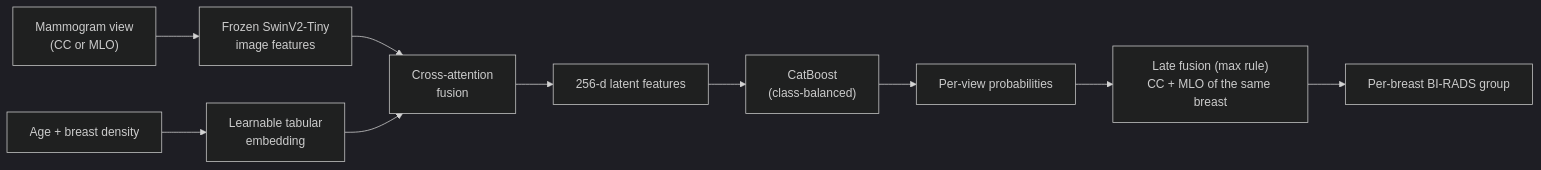
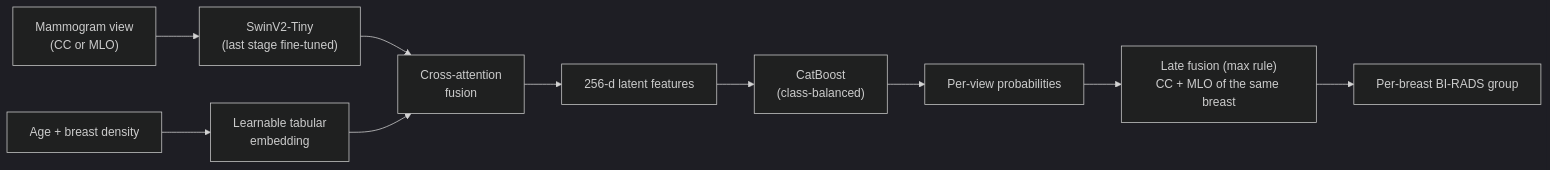
One commit to s4dz/birads-multimodal-mammography changed the diagram in README.md. Above: the diagram before and after it, drawn with Mermaid (dark theme). The commit also changed other lines of this file, not shown here.

````diff
--- a/README.md
+++ b/README.md
@@ -27,12 +27,12 @@
 ```mermaid
 flowchart LR
-    I["Mammogram view<br/>(CC or MLO)"] --> S["Frozen SwinV2-Tiny<br/>image features"]
+    I["Mammogram view<br/>(CC or MLO)"] --> S["SwinV2-Tiny<br/>(last stage fine-tuned)"]
     T["Age + breast density"] --> E["Learnable tabular<br/>embedding"]
     S --> X["Cross-attention<br/>fusion"]
     E --> X
     X --> L["256-d latent features"]
     L --> C["CatBoost<br/>(class-balanced)"]
     C --> P["Per-view probabilities"]
     P --> F["Late fusion (max rule)<br/>CC + MLO of the same breast"]
     F --> B["Per-breast BI-RADS group"]
 ```
````
